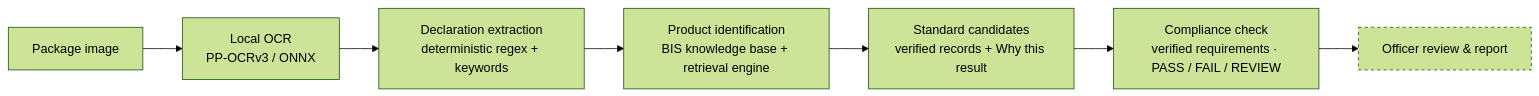
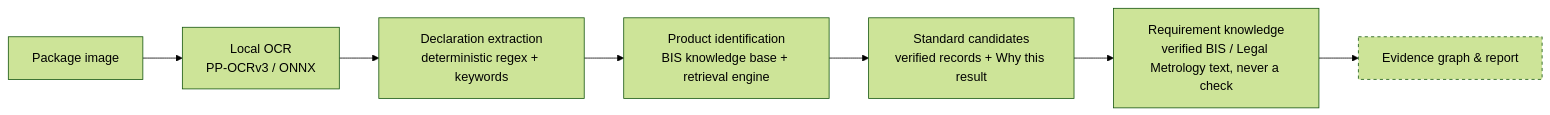
The diagram in README.md (Anish-185/sih26), drawn with Mermaid (forest theme) before and after one commit. The commit also changed other lines of this file and 69 other files, not shown here.

````diff
--- a/README.md
+++ b/README.md
@@ -43,11 +54,11 @@
 ```mermaid
 flowchart LR
     IMG[Package image] --> OCR[Local OCR<br/>PP-OCRv3 / ONNX]
     OCR --> DECL[Declaration extraction<br/>deterministic regex + keywords]
     DECL --> CLS[Product identification<br/>BIS knowledge base + retrieval engine]
     CLS --> STD[Standard candidates<br/>verified records + Why this result]
-    STD --> LM[Compliance check<br/>verified requirements · PASS / FAIL / REVIEW]
-    LM --> RPT[Officer review & report]
+    STD --> LM[Requirement knowledge<br/>verified BIS / Legal Metrology text, never a check]
+    LM --> RPT[Evidence graph & report]
 
     style RPT stroke-dasharray: 4 4
 ```
````
